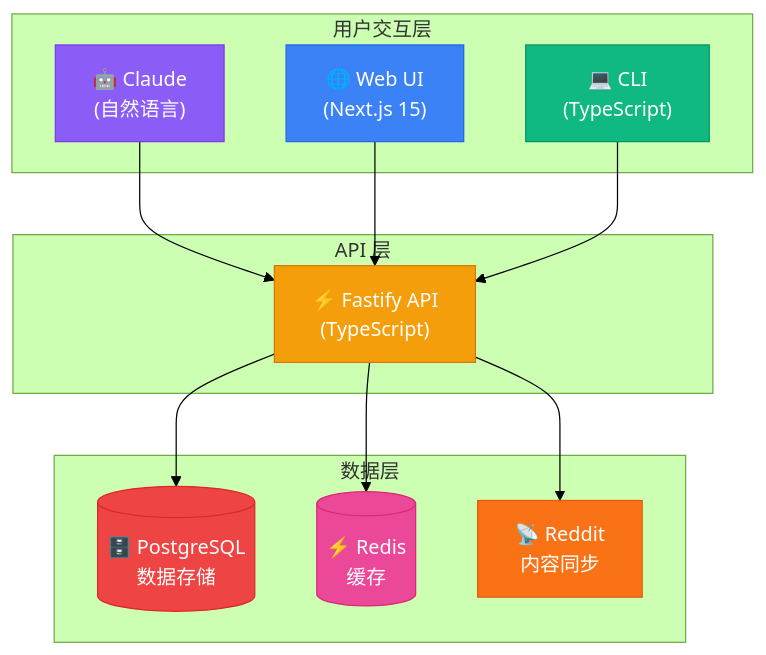
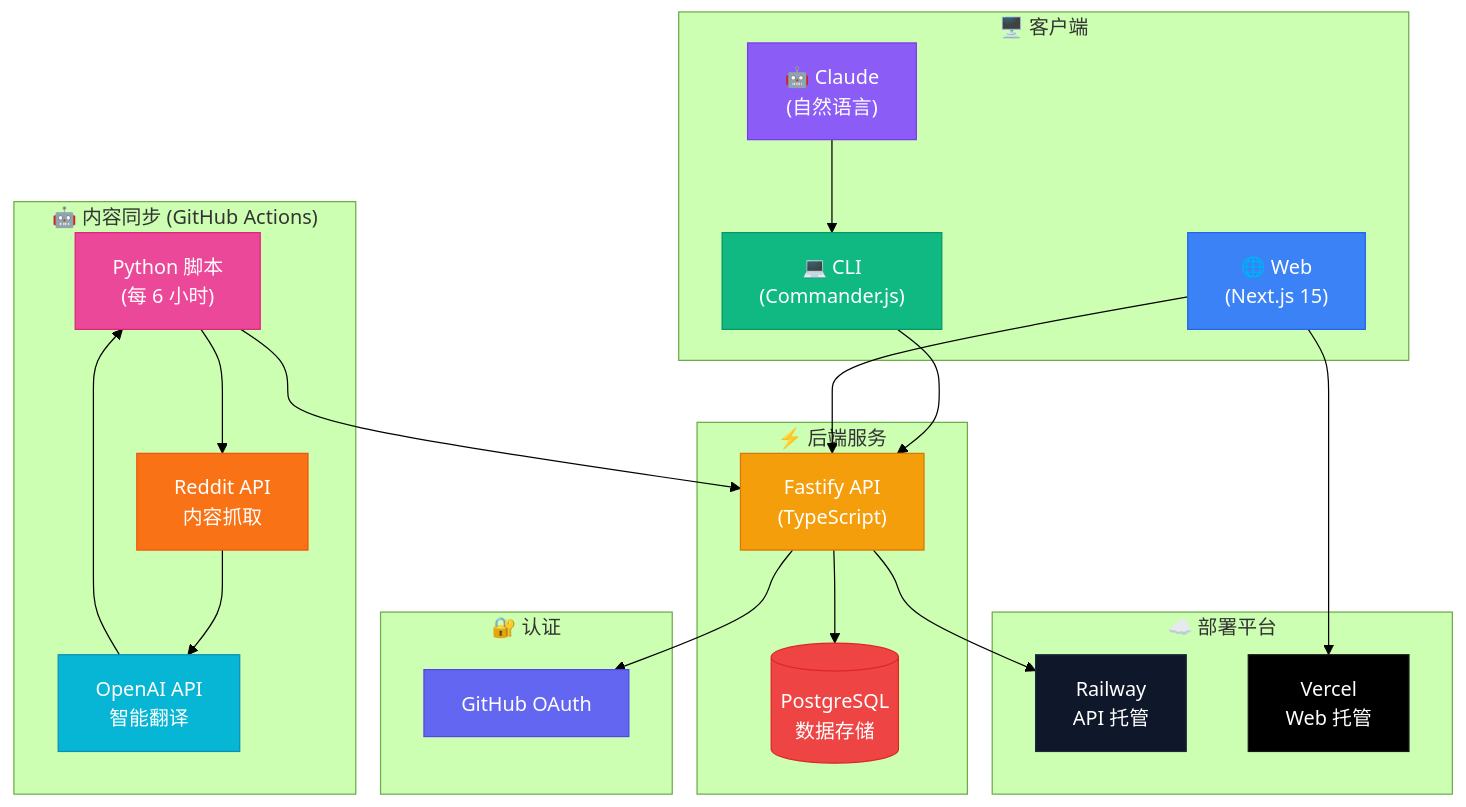
One commit to Optima-Chat/cc-chat changed the diagram in README.md. Above: the diagram before and after it, drawn with Mermaid (forest theme).

Commit message:
重新绘制准确的技术架构图
基于实际代码结构更新：
- 移除未使用的 Redis 组件
- 添加 GitHub Actions 内容同步服务
- 展示完整的数据流向：Reddit API → OpenAI API → CC Chat API
- 补充部署平台：Railway (API)、Vercel (Web)
- 添加 GitHub OAuth 认证流程

🤖 Generated with [Claude Code](https://claude.com/claude-code)

````diff
--- a/README.md
+++ b/README.md
@@ -140,34 +140,55 @@
 ```mermaid
 graph TB
-    subgraph "用户交互层"
+    subgraph Client["🖥️ 客户端"]
         Claude["🤖 Claude<br/>(自然语言)"]
-        Web["🌐 Web UI<br/>(Next.js 15)"]
-        CLI["💻 CLI<br/>(TypeScript)"]
+        Web["🌐 Web<br/>(Next.js 15)"]
+        CLI["💻 CLI<br/>(Commander.js)"]
     end
 
-    subgraph "API 层"
-        API["⚡ Fastify API<br/>(TypeScript)"]
+    subgraph Backend["⚡ 后端服务"]
+        API["Fastify API<br/>(TypeScript)"]
+        DB[(PostgreSQL<br/>数据存储)]
     end
 
-    subgraph "数据层"
-        DB[(🗄️ PostgreSQL<br/>数据存储)]
-        Cache[(⚡ Redis<br/>缓存)]
-        Reddit[📡 Reddit<br/>内容同步]
+    subgraph Automation["🤖 内容同步 (GitHub Actions)"]
+        Sync["Python 脚本<br/>(每 6 小时)"]
+        Reddit[Reddit API<br/>内容抓取]
+        OpenAI[OpenAI API<br/>智能翻译]
     end
 
-    Claude --> API
+    subgraph Auth["🔐 认证"]
+        GitHub[GitHub OAuth]
+    end
+
+    subgraph Deploy["☁️ 部署平台"]
+        Railway[Railway<br/>API 托管]
+        Vercel[Vercel<br/>Web 托管]
+    end
+
+    Claude --> CLI
+    CLI --> API
     Web --> API
-    CLI --> API
 
     API --> DB
-    API --> Cache
-    API --> Reddit
+    API --> GitHub
+
+    Sync --> Reddit
+    Reddit --> OpenAI
+    OpenAI --> Sync
+    Sync --> API
+
+    API --> Railway
+    Web --> Vercel
 
     style Claude fill:#8b5cf6,stroke:#7c3aed,color:#fff
     style Web fill:#3b82f6,stroke:#2563eb,color:#fff
     style CLI fill:#10b981,stroke:#059669,color:#fff
     style API fill:#f59e0b,stroke:#d97706,color:#fff
     style DB fill:#ef4444,stroke:#dc2626,color:#fff
-    style Cache fill:#ec4899,stroke:#db2777,color:#fff
+    style Sync fill:#ec4899,stroke:#db2777,color:#fff
     style Reddit fill:#f97316,stroke:#ea580c,color:#fff
+    style OpenAI fill:#06b6d4,stroke:#0891b2,color:#fff
+    style GitHub fill:#6366f1,stroke:#4f46e5,color:#fff
+    style Railway fill:#0f172a,stroke:#1e293b,color:#fff
+    style Vercel fill:#000000,stroke:#171717,color:#fff
 ```
````
